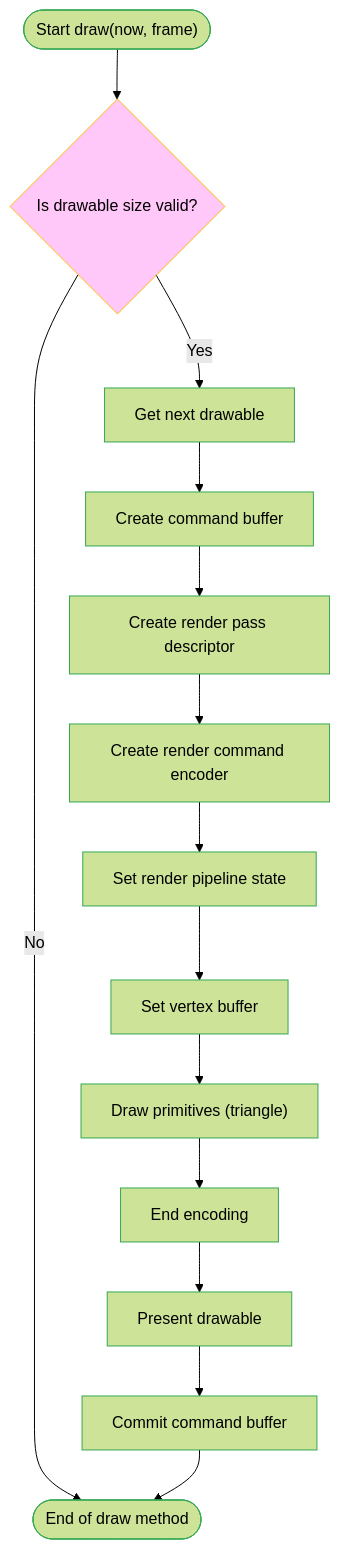
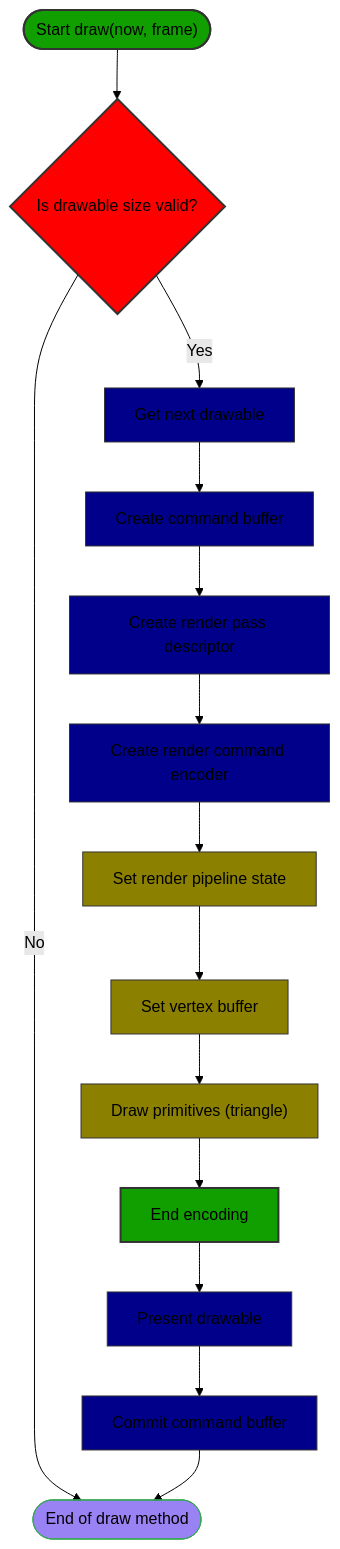
Diagram 18 of 20 in Documentation.md (CongLeSolutionX/Metal-Primitives), drawn with Mermaid (forest theme) before and after one commit. The commit also changed other lines of this file and 1 other file, not shown here.

````diff
--- a/Documentation.md
+++ b/Documentation.md
@@ -685,21 +812,27 @@
 ```mermaid
 flowchart TD
     %% Define styles
-    classDef Step fill:#6F4EA,stroke:#34A853
+    classDef EndOfDrawMethod fill:#64EA,stroke:#34A853
     classDef Decision fill:#F7E6,stroke:#FBBC05
+    classDef StartEndEncoding fill:#119F00, stroke:#333, stroke-width:2px
+    classDef CheckDrawableSize fill:#ff0000, stroke:#333, stroke-width:2px
+    classDef CommandBufferOperators fill:#00008B, stroke:#333, stroke-width:1px
+    classDef EncoderSettings fill:#8B8000, stroke:#333, stroke-width:1px
 
-    Start(["Start draw(now, frame)"]):::Step
-    Start --> CheckDrawableSize{Is drawable size valid?}:::Decision
-    CheckDrawableSize -- No --> End([Return]):::Step
-    CheckDrawableSize -- Yes --> GetDrawable[Get next drawable]:::Step
-    GetDrawable --> CreateCommandBuffer[Create command buffer]:::Step
-    CreateCommandBuffer --> CreateRenderPassDescriptor[Create render pass descriptor]:::Step
-    CreateRenderPassDescriptor --> CreateRenderCommandEncoder[Create render command encoder]:::Step
-    CreateRenderCommandEncoder --> SetPipelineState[Set render pipeline state]:::Step
-    SetPipelineState --> SetVertexBuffer[Set vertex buffer]:::Step
-    SetVertexBuffer --> DrawPrimitives["Draw primitives (triangle)"]:::Step
-    DrawPrimitives --> EndEncoding[End encoding]:::Step
-    EndEncoding --> PresentDrawable[Present drawable]:::Step
-    PresentDrawable --> CommitCommandBuffer[Commit command buffer]:::Step
-    CommitCommandBuffer --> End([End of draw method]):::Step
+
+    Start(["Start draw(now, frame)"]):::StartEndEncoding
+    Start --> CheckDrawableSize{Is drawable size valid?}:::CheckDrawableSize
+    CheckDrawableSize -- No --> End([Return]):::Decision
+    CheckDrawableSize -- Yes --> GetDrawable[Get next drawable]:::CommandBufferOperators
+    GetDrawable --> CreateCommandBuffer[Create command buffer]:::CommandBufferOperators
+    CreateCommandBuffer --> CreateRenderPassDescriptor[Create render pass descriptor]:::CommandBufferOperators
+    CreateRenderPassDescriptor --> CreateRenderCommandEncoder[Create render command encoder]:::CommandBufferOperators
+    CreateRenderCommandEncoder --> SetPipelineState[Set render pipeline state]:::EncoderSettings
+    SetPipelineState --> SetVertexBuffer[Set vertex buffer]:::EncoderSettings
+    SetVertexBuffer --> DrawPrimitives["Draw primitives (triangle)"]:::EncoderSettings
+    DrawPrimitives --> EndEncoding[End encoding]:::StartEndEncoding
+    EndEncoding --> PresentDrawable[Present drawable]:::CommandBufferOperators
+    PresentDrawable --> CommitCommandBuffer[Commit command buffer]:::CommandBufferOperators
+    CommitCommandBuffer --> End([End of draw method]):::EndOfDrawMethod
+
 ```
````
